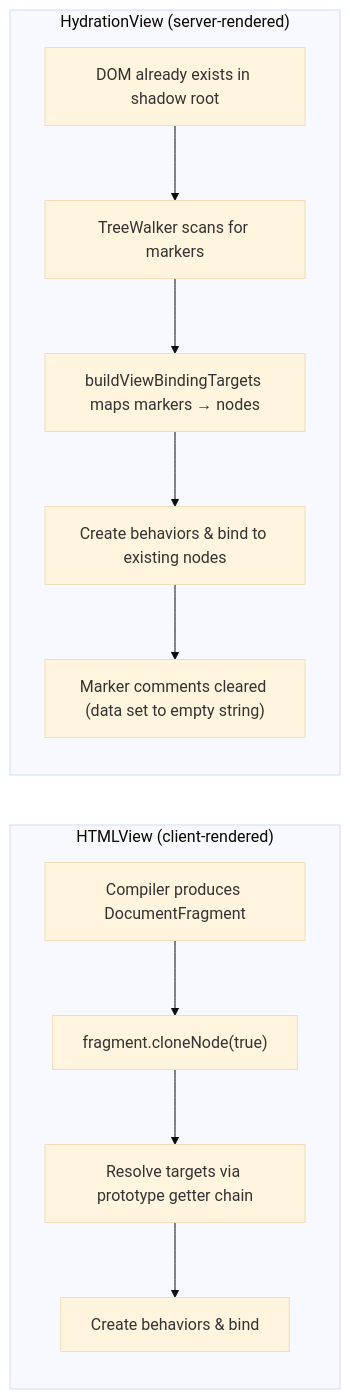
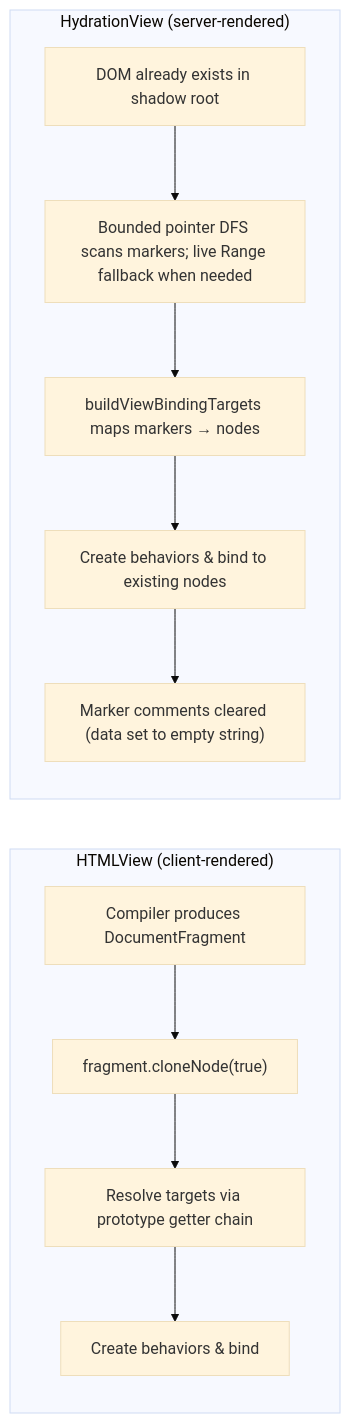
The ninth of 12 diagrams in packages/fast-element/docs/template-bindings.md (microsoft/fast), drawn with Mermaid (base theme) before and after one commit. The commit also changed other lines of this file and 21 other files, not shown here.

````diff
--- a/packages/fast-element/docs/template-bindings.md
+++ b/packages/fast-element/docs/template-bindings.md
@@ -387,15 +392,15 @@
 ```mermaid
 flowchart LR
     subgraph "HTMLView (client-rendered)"
         A1["Compiler produces DocumentFragment"] --> A2["fragment.cloneNode(true)"]
         A2 --> A3["Resolve targets via prototype getter chain"]
         A3 --> A4["Create behaviors & bind"]
     end
 
     subgraph "HydrationView (server-rendered)"
-        B1["DOM already exists in shadow root"] --> B2["TreeWalker scans for markers"]
+        B1["DOM already exists in shadow root"] --> B2["Bounded pointer DFS scans markers; live Range fallback when needed"]
         B2 --> B3["buildViewBindingTargets maps markers → nodes"]
         B3 --> B4["Create behaviors & bind to existing nodes"]
         B4 --> B5["Marker comments cleared (data set to empty string)"]
     end
 ```
````
